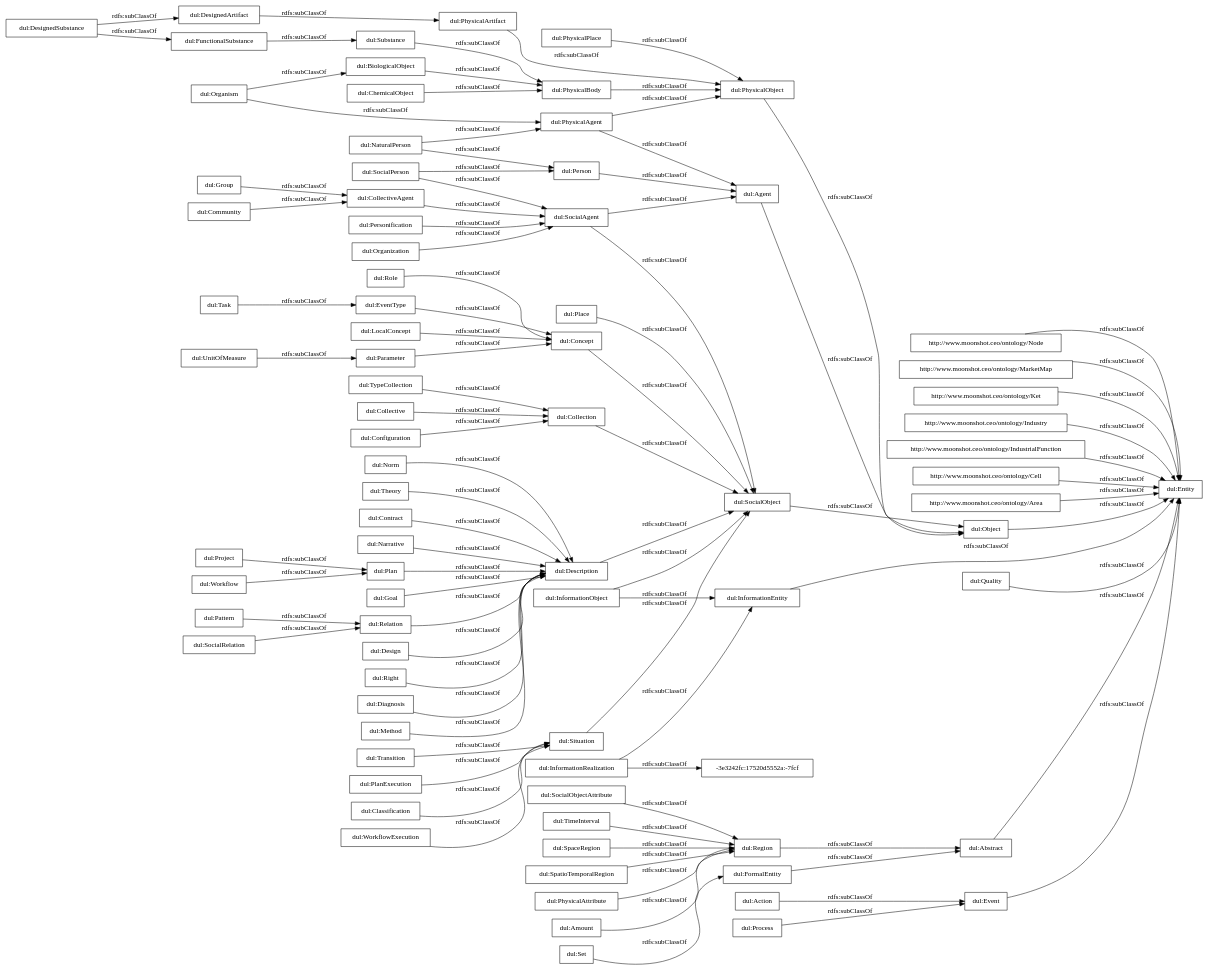
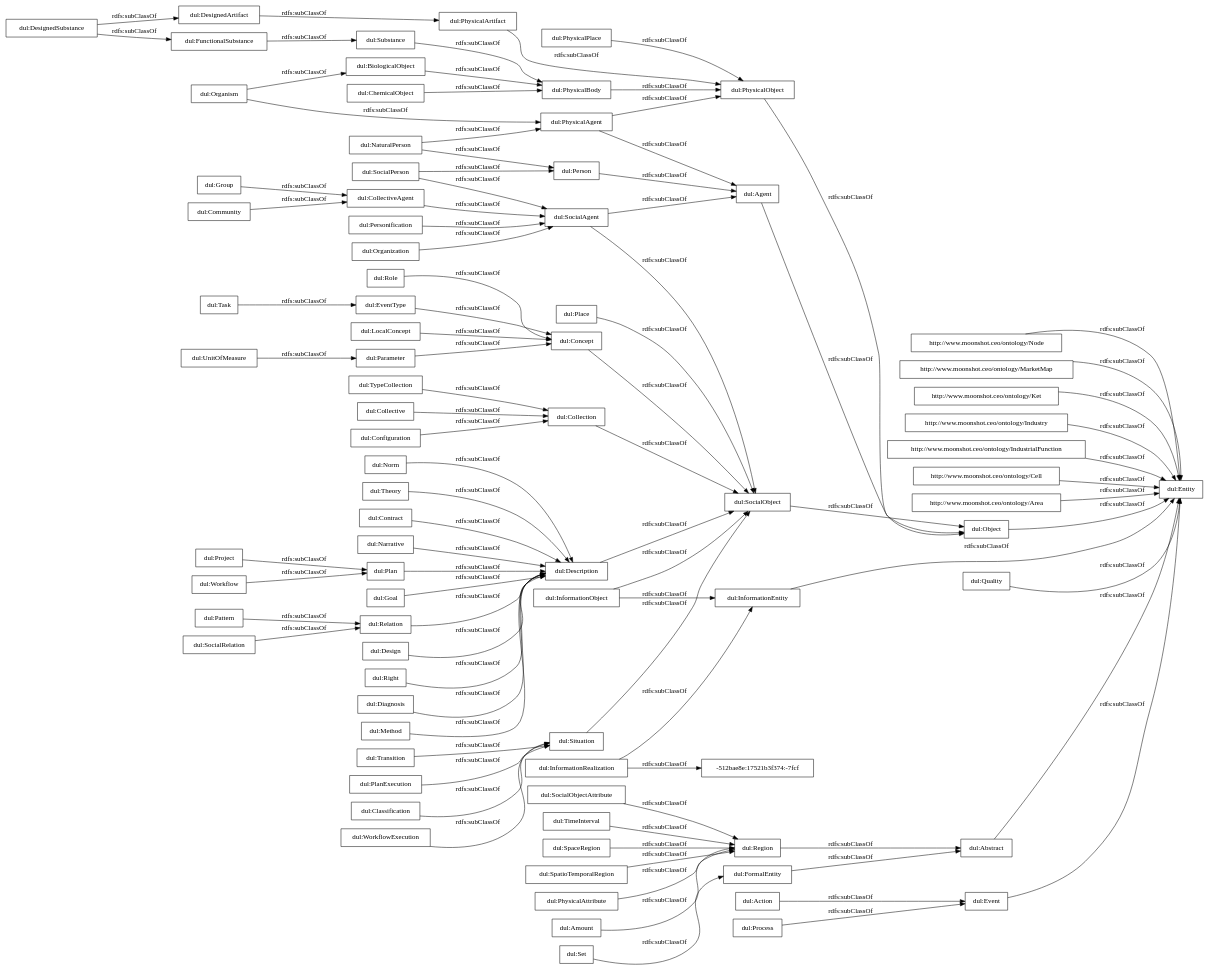
Before and after one commit to oeg-upm/IEBrain: the diagram in OnToology/iebrain-core.owl/diagrams/ar2dtool-taxonomy/iebrain-core.owl.png.dot, drawn with Graphviz. The commit also changed 31 other files, not shown here.

```diff
--- a/OnToology/iebrain-core.owl/diagrams/ar2dtool-taxonomy/iebrain-core.owl.png.dot
+++ b/OnToology/iebrain-core.owl/diagrams/ar2dtool-taxonomy/iebrain-core.owl.png.dot
@@ -1,95 +1,95 @@
 digraph ar2dtool_diagram { 
 rankdir=LR;
 size="1000"
-node [shape = rectangle, color="black"]; "http://www.moonshot.ceo/ontology/Node" "http://www.moonshot.ceo/ontology/MarketMap" "http://www.moonshot.ceo/ontology/Ket" "http://www.moonshot.ceo/ontology/Industry" "http://www.moonshot.ceo/ontology/IndustrialFunction" "http://www.moonshot.ceo/ontology/Cell" "http://www.moonshot.ceo/ontology/Area" "dul:Goal" "dul:FormalEntity" "dul:EventType" "dul:PhysicalBody" "dul:Object" "dul:Description" "dul:PhysicalAgent" "dul:Role" "dul:Relation" "dul:Entity" "dul:Organism" "dul:Personification" "dul:Situation" "dul:UnitOfMeasure" "dul:Abstract" "-3e3242fc:17520d5552a:-7fcf" "dul:SocialPerson" "dul:Transition" "dul:Collective" "dul:CollectiveAgent" "dul:Amount" "dul:Plan" "dul:Design" "dul:Process" "dul:SocialObjectAttribute" "dul:Right" "dul:Task" "dul:DesignedSubstance" "dul:BiologicalObject" "dul:Quality" "dul:Place" "dul:Action" "dul:SocialAgent" "dul:Configuration" "dul:Project" "dul:PlanExecution" "dul:Pattern" "dul:Diagnosis" "dul:Agent" "dul:Classification" "dul:Parameter" "dul:WorkflowExecution" "dul:SocialObject" "dul:Group" "dul:Community" "dul:FunctionalSubstance" "dul:PhysicalPlace" "dul:Method" "dul:Concept" "dul:SocialRelation" "dul:Event" "dul:DesignedArtifact" "dul:TimeInterval" "dul:Person" "dul:TypeCollection" "dul:SpaceRegion" "dul:PhysicalObject" "dul:SpatioTemporalRegion" "dul:Norm" "dul:InformationRealization" "dul:Theory" "dul:PhysicalAttribute" "dul:NaturalPerson" "dul:Workflow" "dul:InformationObject" "dul:ChemicalObject" "dul:Contract" "dul:Narrative" "dul:Collection" "dul:Substance" "dul:Region" "dul:InformationEntity" "dul:PhysicalArtifact" "dul:Organization" "dul:Set" "dul:LocalConcept" ; /*classes style*/
+node [shape = rectangle, color="black"]; "http://www.moonshot.ceo/ontology/Node" "http://www.moonshot.ceo/ontology/MarketMap" "http://www.moonshot.ceo/ontology/Ket" "http://www.moonshot.ceo/ontology/Industry" "http://www.moonshot.ceo/ontology/IndustrialFunction" "http://www.moonshot.ceo/ontology/Cell" "http://www.moonshot.ceo/ontology/Area" "dul:Goal" "dul:FormalEntity" "dul:EventType" "dul:PhysicalBody" "dul:Object" "dul:Description" "dul:PhysicalAgent" "dul:Relation" "dul:Role" "dul:Entity" "dul:Organism" "dul:Personification" "dul:Situation" "dul:UnitOfMeasure" "dul:Abstract" "dul:SocialPerson" "dul:Transition" "dul:Collective" "dul:CollectiveAgent" "dul:Amount" "dul:Plan" "-512bae8e:17521b3f374:-7fcf" "dul:Design" "dul:Process" "dul:SocialObjectAttribute" "dul:Right" "dul:Task" "dul:DesignedSubstance" "dul:BiologicalObject" "dul:Place" "dul:Quality" "dul:Action" "dul:SocialAgent" "dul:Project" "dul:Configuration" "dul:PlanExecution" "dul:Pattern" "dul:Diagnosis" "dul:Agent" "dul:Classification" "dul:Parameter" "dul:WorkflowExecution" "dul:SocialObject" "dul:Group" "dul:Community" "dul:FunctionalSubstance" "dul:PhysicalPlace" "dul:Method" "dul:Concept" "dul:SocialRelation" "dul:Event" "dul:DesignedArtifact" "dul:TimeInterval" "dul:Person" "dul:TypeCollection" "dul:SpaceRegion" "dul:PhysicalObject" "dul:SpatioTemporalRegion" "dul:Norm" "dul:InformationRealization" "dul:Theory" "dul:PhysicalAttribute" "dul:NaturalPerson" "dul:Workflow" "dul:InformationObject" "dul:ChemicalObject" "dul:Contract" "dul:Narrative" "dul:Collection" "dul:Substance" "dul:Region" "dul:InformationEntity" "dul:PhysicalArtifact" "dul:Organization" "dul:Set" "dul:LocalConcept" ; /*classes style*/
 	"dul:CollectiveAgent" -> "dul:SocialAgent" [ label = "rdfs:subClassOf" ];
 	"dul:Region" -> "dul:Abstract" [ label = "rdfs:subClassOf" ];
 	"dul:TypeCollection" -> "dul:Collection" [ label = "rdfs:subClassOf" ];
 	"dul:PhysicalAttribute" -> "dul:Region" [ label = "rdfs:subClassOf" ];
 	"dul:Organization" -> "dul:SocialAgent" [ label = "rdfs:subClassOf" ];
 	"http://www.moonshot.ceo/ontology/Node" -> "dul:Entity" [ label = "rdfs:subClassOf" ];
 	"dul:Configuration" -> "dul:Collection" [ label = "rdfs:subClassOf" ];
 	"dul:Quality" -> "dul:Entity" [ label = "rdfs:subClassOf" ];
 	"dul:Description" -> "dul:SocialObject" [ label = "rdfs:subClassOf" ];
 	"dul:Community" -> "dul:CollectiveAgent" [ label = "rdfs:subClassOf" ];
 	"dul:Method" -> "dul:Description" [ label = "rdfs:subClassOf" ];
 	"dul:Concept" -> "dul:SocialObject" [ label = "rdfs:subClassOf" ];
 	"dul:Object" -> "dul:Entity" [ label = "rdfs:subClassOf" ];
 	"dul:Place" -> "dul:SocialObject" [ label = "rdfs:subClassOf" ];
 	"dul:PhysicalArtifact" -> "dul:PhysicalObject" [ label = "rdfs:subClassOf" ];
 	"dul:Organism" -> "dul:PhysicalAgent" [ label = "rdfs:subClassOf" ];
 	"dul:Organism" -> "dul:BiologicalObject" [ label = "rdfs:subClassOf" ];
 	"dul:Goal" -> "dul:Description" [ label = "rdfs:subClassOf" ];
 	"dul:FunctionalSubstance" -> "dul:Substance" [ label = "rdfs:subClassOf" ];
 	"dul:Role" -> "dul:Concept" [ label = "rdfs:subClassOf" ];
 	"dul:Collective" -> "dul:Collection" [ label = "rdfs:subClassOf" ];
 	"dul:InformationObject" -> "dul:SocialObject" [ label = "rdfs:subClassOf" ];
 	"dul:InformationObject" -> "dul:InformationEntity" [ label = "rdfs:subClassOf" ];
 	"dul:UnitOfMeasure" -> "dul:Parameter" [ label = "rdfs:subClassOf" ];
 	"dul:SocialObjectAttribute" -> "dul:Region" [ label = "rdfs:subClassOf" ];
 	"dul:WorkflowExecution" -> "dul:Situation" [ label = "rdfs:subClassOf" ];
 	"dul:Right" -> "dul:Description" [ label = "rdfs:subClassOf" ];
 	"dul:Task" -> "dul:EventType" [ label = "rdfs:subClassOf" ];
 	"dul:Set" -> "dul:FormalEntity" [ label = "rdfs:subClassOf" ];
 	"dul:DesignedSubstance" -> "dul:FunctionalSubstance" [ label = "rdfs:subClassOf" ];
 	"dul:DesignedSubstance" -> "dul:DesignedArtifact" [ label = "rdfs:subClassOf" ];
 	"dul:SocialObject" -> "dul:Object" [ label = "rdfs:subClassOf" ];
 	"dul:Parameter" -> "dul:Concept" [ label = "rdfs:subClassOf" ];
-	"dul:InformationRealization" -> "-3e3242fc:17520d5552a:-7fcf" [ label = "rdfs:subClassOf" ];
+	"dul:InformationRealization" -> "-512bae8e:17521b3f374:-7fcf" [ label = "rdfs:subClassOf" ];
 	"dul:InformationRealization" -> "dul:InformationEntity" [ label = "rdfs:subClassOf" ];
 	"dul:Substance" -> "dul:PhysicalBody" [ label = "rdfs:subClassOf" ];
 	"dul:Event" -> "dul:Entity" [ label = "rdfs:subClassOf" ];
 	"dul:PhysicalAgent" -> "dul:PhysicalObject" [ label = "rdfs:subClassOf" ];
 	"dul:PhysicalAgent" -> "dul:Agent" [ label = "rdfs:subClassOf" ];
 	"http://www.moonshot.ceo/ontology/Area" -> "dul:Entity" [ label = "rdfs:subClassOf" ];
 	"dul:Project" -> "dul:Plan" [ label = "rdfs:subClassOf" ];
 	"dul:PhysicalObject" -> "dul:Object" [ label = "rdfs:subClassOf" ];
 	"dul:Action" -> "dul:Event" [ label = "rdfs:subClassOf" ];
 	"dul:Situation" -> "dul:SocialObject" [ label = "rdfs:subClassOf" ];
 	"dul:Design" -> "dul:Description" [ label = "rdfs:subClassOf" ];
 	"dul:EventType" -> "dul:Concept" [ label = "rdfs:subClassOf" ];
 	"dul:Classification" -> "dul:Situation" [ label = "rdfs:subClassOf" ];
 	"http://www.moonshot.ceo/ontology/IndustrialFunction" -> "dul:Entity" [ label = "rdfs:subClassOf" ];
 	"dul:Workflow" -> "dul:Plan" [ label = "rdfs:subClassOf" ];
 	"dul:Pattern" -> "dul:Relation" [ label = "rdfs:subClassOf" ];
 	"dul:Transition" -> "dul:Situation" [ label = "rdfs:subClassOf" ];
 	"dul:Norm" -> "dul:Description" [ label = "rdfs:subClassOf" ];
 	"dul:Person" -> "dul:Agent" [ label = "rdfs:subClassOf" ];
 	"http://www.moonshot.ceo/ontology/Ket" -> "dul:Entity" [ label = "rdfs:subClassOf" ];
 	"http://www.moonshot.ceo/ontology/Cell" -> "dul:Entity" [ label = "rdfs:subClassOf" ];
 	"dul:Contract" -> "dul:Description" [ label = "rdfs:subClassOf" ];
 	"dul:PhysicalPlace" -> "dul:PhysicalObject" [ label = "rdfs:subClassOf" ];
 	"dul:Relation" -> "dul:Description" [ label = "rdfs:subClassOf" ];
 	"dul:SocialRelation" -> "dul:Relation" [ label = "rdfs:subClassOf" ];
 	"dul:PlanExecution" -> "dul:Situation" [ label = "rdfs:subClassOf" ];
 	"http://www.moonshot.ceo/ontology/MarketMap" -> "dul:Entity" [ label = "rdfs:subClassOf" ];
 	"dul:LocalConcept" -> "dul:Concept" [ label = "rdfs:subClassOf" ];
 	"dul:FormalEntity" -> "dul:Abstract" [ label = "rdfs:subClassOf" ];
 	"dul:PhysicalBody" -> "dul:PhysicalObject" [ label = "rdfs:subClassOf" ];
 	"http://www.moonshot.ceo/ontology/Industry" -> "dul:Entity" [ label = "rdfs:subClassOf" ];
 	"dul:BiologicalObject" -> "dul:PhysicalBody" [ label = "rdfs:subClassOf" ];
 	"dul:SocialPerson" -> "dul:SocialAgent" [ label = "rdfs:subClassOf" ];
 	"dul:SocialPerson" -> "dul:Person" [ label = "rdfs:subClassOf" ];
 	"dul:NaturalPerson" -> "dul:PhysicalAgent" [ label = "rdfs:subClassOf" ];
 	"dul:NaturalPerson" -> "dul:Person" [ label = "rdfs:subClassOf" ];
 	"dul:TimeInterval" -> "dul:Region" [ label = "rdfs:subClassOf" ];
 	"dul:Collection" -> "dul:SocialObject" [ label = "rdfs:subClassOf" ];
 	"dul:InformationEntity" -> "dul:Entity" [ label = "rdfs:subClassOf" ];
 	"dul:SpatioTemporalRegion" -> "dul:Region" [ label = "rdfs:subClassOf" ];
 	"dul:Personification" -> "dul:SocialAgent" [ label = "rdfs:subClassOf" ];
 	"dul:DesignedArtifact" -> "dul:PhysicalArtifact" [ label = "rdfs:subClassOf" ];
 	"dul:ChemicalObject" -> "dul:PhysicalBody" [ label = "rdfs:subClassOf" ];
 	"dul:Narrative" -> "dul:Description" [ label = "rdfs:subClassOf" ];
 	"dul:Process" -> "dul:Event" [ label = "rdfs:subClassOf" ];
 	"dul:Theory" -> "dul:Description" [ label = "rdfs:subClassOf" ];
 	"dul:Abstract" -> "dul:Entity" [ label = "rdfs:subClassOf" ];
 	"dul:SpaceRegion" -> "dul:Region" [ label = "rdfs:subClassOf" ];
 	"dul:Plan" -> "dul:Description" [ label = "rdfs:subClassOf" ];
 	"dul:Group" -> "dul:CollectiveAgent" [ label = "rdfs:subClassOf" ];
 	"dul:SocialAgent" -> "dul:SocialObject" [ label = "rdfs:subClassOf" ];
 	"dul:SocialAgent" -> "dul:Agent" [ label = "rdfs:subClassOf" ];
 	"dul:Diagnosis" -> "dul:Description" [ label = "rdfs:subClassOf" ];
 	"dul:Agent" -> "dul:Object" [ label = "rdfs:subClassOf" ];
 	"dul:Amount" -> "dul:Region" [ label = "rdfs:subClassOf" ];
 
 }
```
